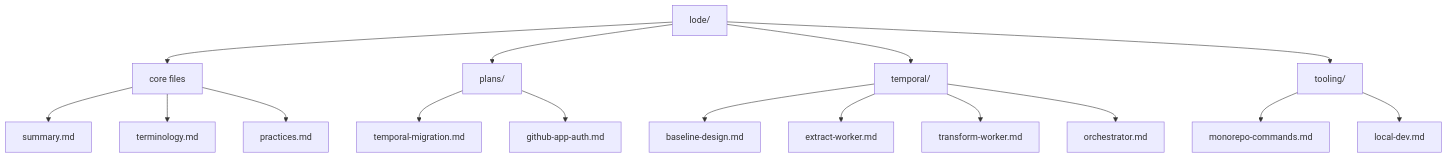
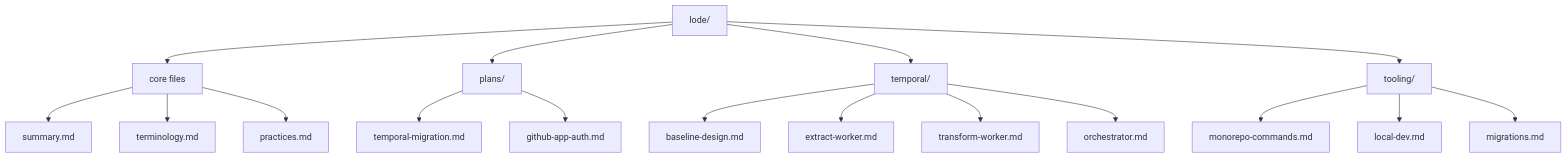
The diagram in lode/lode-map.md (dxta-dev/pipeline), drawn with Mermaid before and after one commit. The commit also changed other lines of this file and 14 other files, not shown here.

````diff
--- a/lode/lode-map.md
+++ b/lode/lode-map.md
@@ -46,18 +48,19 @@
 ```mermaid
 flowchart TD
   lode[lode/] --> core[core files]
   lode --> plans[plans/]
   lode --> temporal[temporal/]
   lode --> tooling[tooling/]
   core --> summary[summary.md]
   core --> terminology[terminology.md]
   core --> practices[practices.md]
   plans --> migration[temporal-migration.md]
   plans --> githubAuth[github-app-auth.md]
   tooling --> commands[monorepo-commands.md]
   tooling --> localDev[local-dev.md]
+  tooling --> migrations[migrations.md]
   temporal --> baseline[baseline-design.md]
   temporal --> extractWorker[extract-worker.md]
   temporal --> transformWorker[transform-worker.md]
   temporal --> orchestrator[orchestrator.md]
 ```
````
